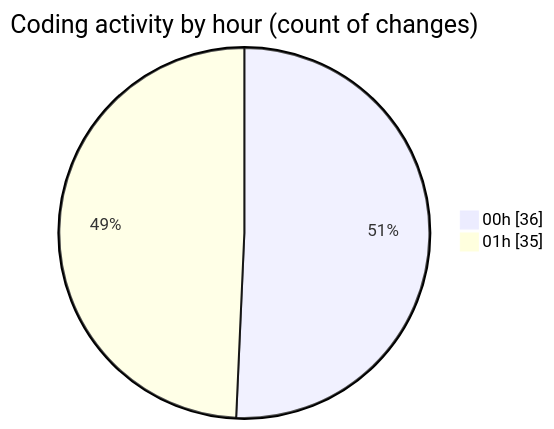
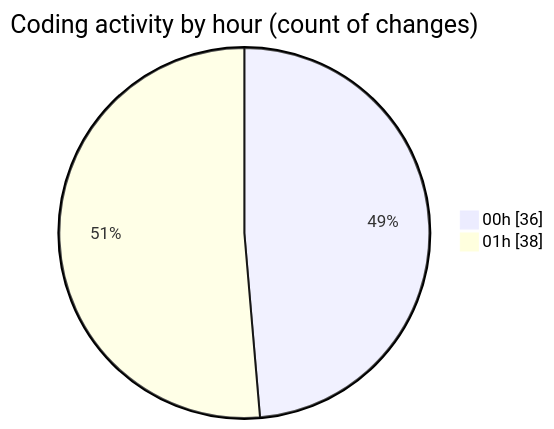
One commit to Ritupan-Deka/code-tracking changed the second of 2 diagrams in 2025-05-04/houserentalservice/README.md. Above: the diagram before and after it, drawn with Mermaid. The commit also changed other lines of this file and 1 other file, not shown here.

````diff
--- a/2025-05-04/houserentalservice/README.md
+++ b/2025-05-04/houserentalservice/README.md
@@ -63,6 +63,6 @@
 ```mermaid
 pie showData
 title Coding activity by hour (count of changes)
 "00h" : 36
-"01h" : 35
+"01h" : 38
 ```
````
